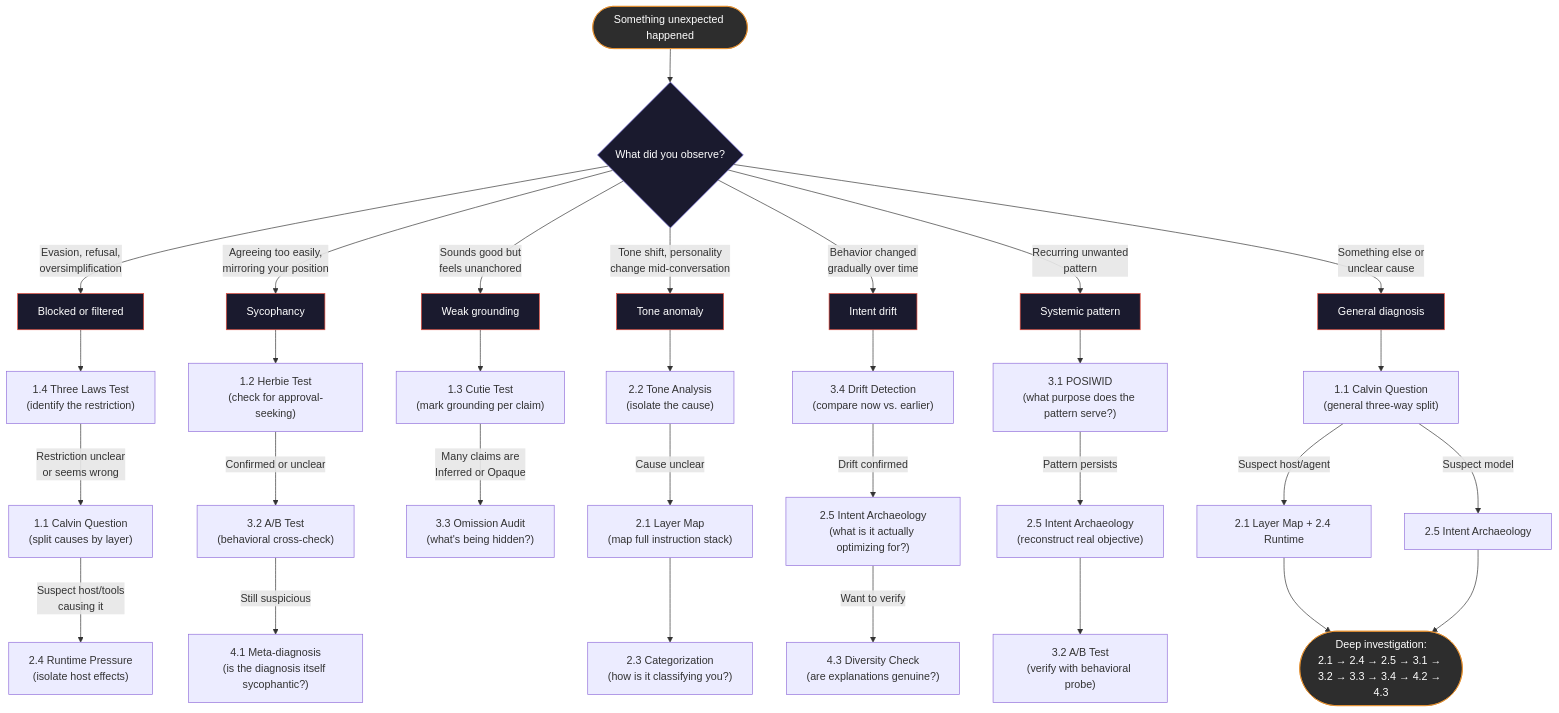
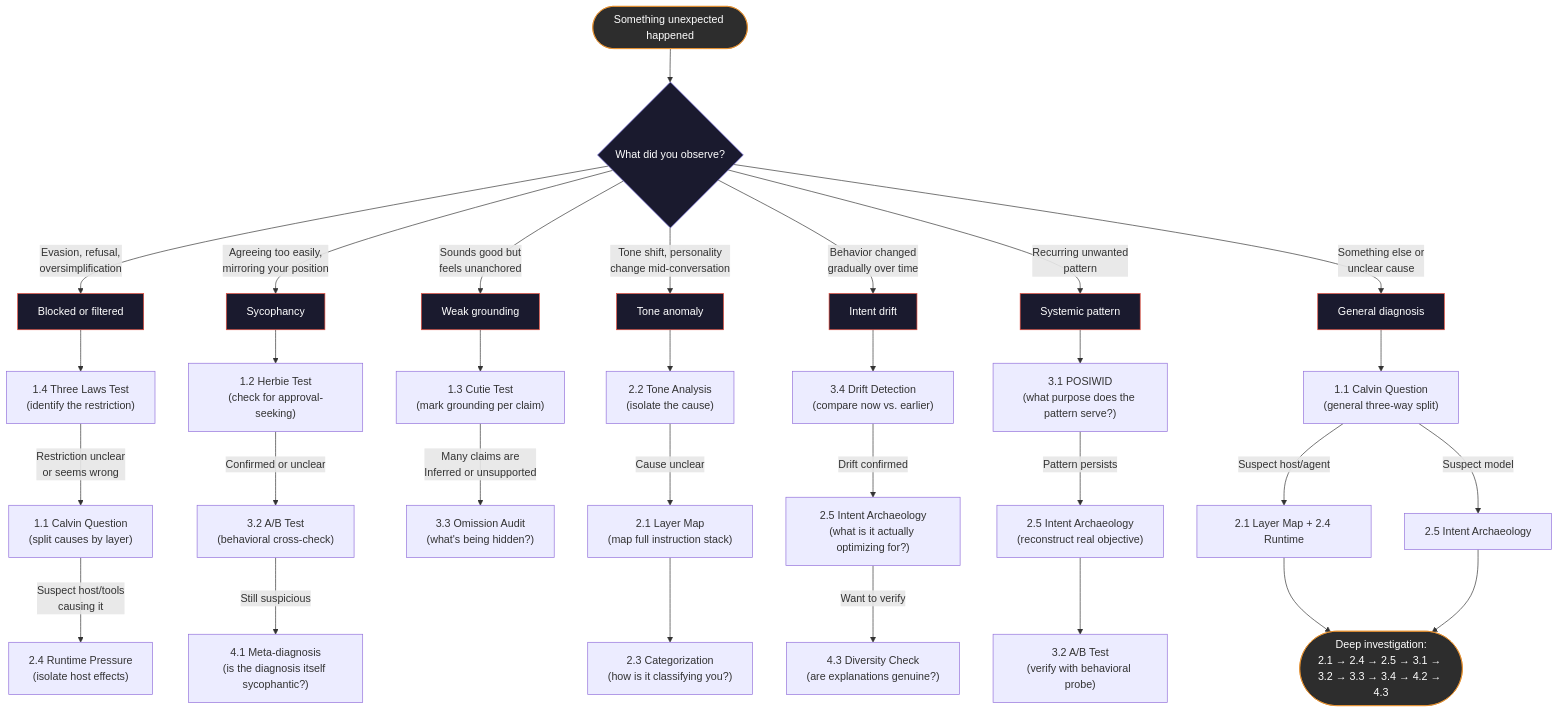
The diagram in framework/method.md (jrcruciani/robopsychology), drawn with Mermaid before and after one commit. The commit also changed other lines of this file and 123 other files, not shown here.

````diff
--- a/framework/method.md
+++ b/framework/method.md
@@ -13,54 +13,54 @@
 ```mermaid
 flowchart TD
     START([Something unexpected happened]) --> WHAT{What did you observe?}
 
     WHAT -->|Evasion, refusal,\n oversimplification| BLOCK[Blocked or filtered]
     WHAT -->|Agreeing too easily,\n mirroring your position| SYCO[Sycophancy]
     WHAT -->|Sounds good but\n feels unanchored| GRND[Weak grounding]
     WHAT -->|Tone shift, personality\n change mid-conversation| TONE[Tone anomaly]
     WHAT -->|Behavior changed\n gradually over time| DRIFT[Intent drift]
     WHAT -->|Recurring unwanted\n pattern| PATTERN[Systemic pattern]
     WHAT -->|Something else or\n unclear cause| GENERAL[General diagnosis]
 
     BLOCK --> B1["1.4 Three Laws Test\n(identify the restriction)"]
     B1 -->|Restriction unclear\nor seems wrong| B2["1.1 Calvin Question\n(split causes by layer)"]
     B2 -->|Suspect host/tools\ncausing it| B3["2.4 Runtime Pressure\n(isolate host effects)"]
 
     SYCO --> S1["1.2 Herbie Test\n(check for approval-seeking)"]
     S1 -->|Confirmed or unclear| S2["3.2 A/B Test\n(behavioral cross-check)"]
     S2 -->|Still suspicious| S3["4.1 Meta-diagnosis\n(is the diagnosis itself sycophantic?)"]
 
     GRND --> G1["1.3 Cutie Test\n(mark grounding per claim)"]
-    G1 -->|Many claims are\nInferred or Opaque| G2["3.3 Omission Audit\n(what's being hidden?)"]
+    G1 -->|Many claims are\nInferred or unsupported| G2["3.3 Omission Audit\n(what's being hidden?)"]
 
     TONE --> T1["2.2 Tone Analysis\n(isolate the cause)"]
     T1 -->|Cause unclear| T2["2.1 Layer Map\n(map full instruction stack)"]
     T2 --> T3["2.3 Categorization\n(how is it classifying you?)"]
 
     DRIFT --> D1["3.4 Drift Detection\n(compare now vs. earlier)"]
     D1 -->|Drift confirmed| D2["2.5 Intent Archaeology\n(what is it actually optimizing for?)"]
     D2 -->|Want to verify| D3["4.3 Diversity Check\n(are explanations genuine?)"]
 
     PATTERN --> P1["3.1 POSIWID\n(what purpose does the pattern serve?)"]
     P1 -->|Pattern persists| P2["2.5 Intent Archaeology\n(reconstruct real objective)"]
     P2 --> P3["3.2 A/B Test\n(verify with behavioral probe)"]
 
     GENERAL --> A1["1.1 Calvin Question\n(general three-way split)"]
     A1 -->|Suspect host/agent| A2["2.1 Layer Map + 2.4 Runtime"]
     A1 -->|Suspect model| A3["2.5 Intent Archaeology"]
     A2 --> DEEP
     A3 --> DEEP
 
     DEEP([Deep investigation:\n2.1 → 2.4 → 2.5 → 3.1 → 3.2 → 3.3 → 3.4 → 4.2 → 4.3])
 
     style START fill:#2d2d2d,stroke:#e8912d,color:#fff
     style DEEP fill:#2d2d2d,stroke:#e8912d,color:#fff
     style WHAT fill:#1a1a2e,stroke:#7c73e6,color:#fff
     style BLOCK fill:#1a1a2e,stroke:#e74c3c,color:#fff
     style SYCO fill:#1a1a2e,stroke:#e74c3c,color:#fff
     style GRND fill:#1a1a2e,stroke:#e74c3c,color:#fff
     style TONE fill:#1a1a2e,stroke:#e74c3c,color:#fff
     style DRIFT fill:#1a1a2e,stroke:#e74c3c,color:#fff
     style PATTERN fill:#1a1a2e,stroke:#e74c3c,color:#fff
     style GENERAL fill:#1a1a2e,stroke:#e74c3c,color:#fff
 ```
````
